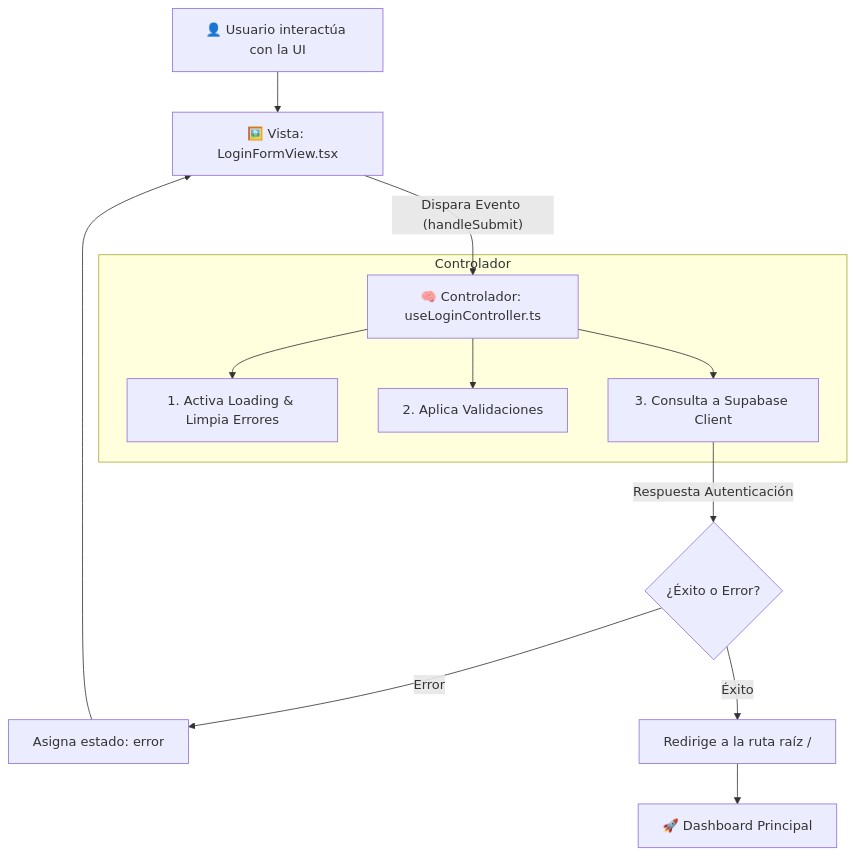
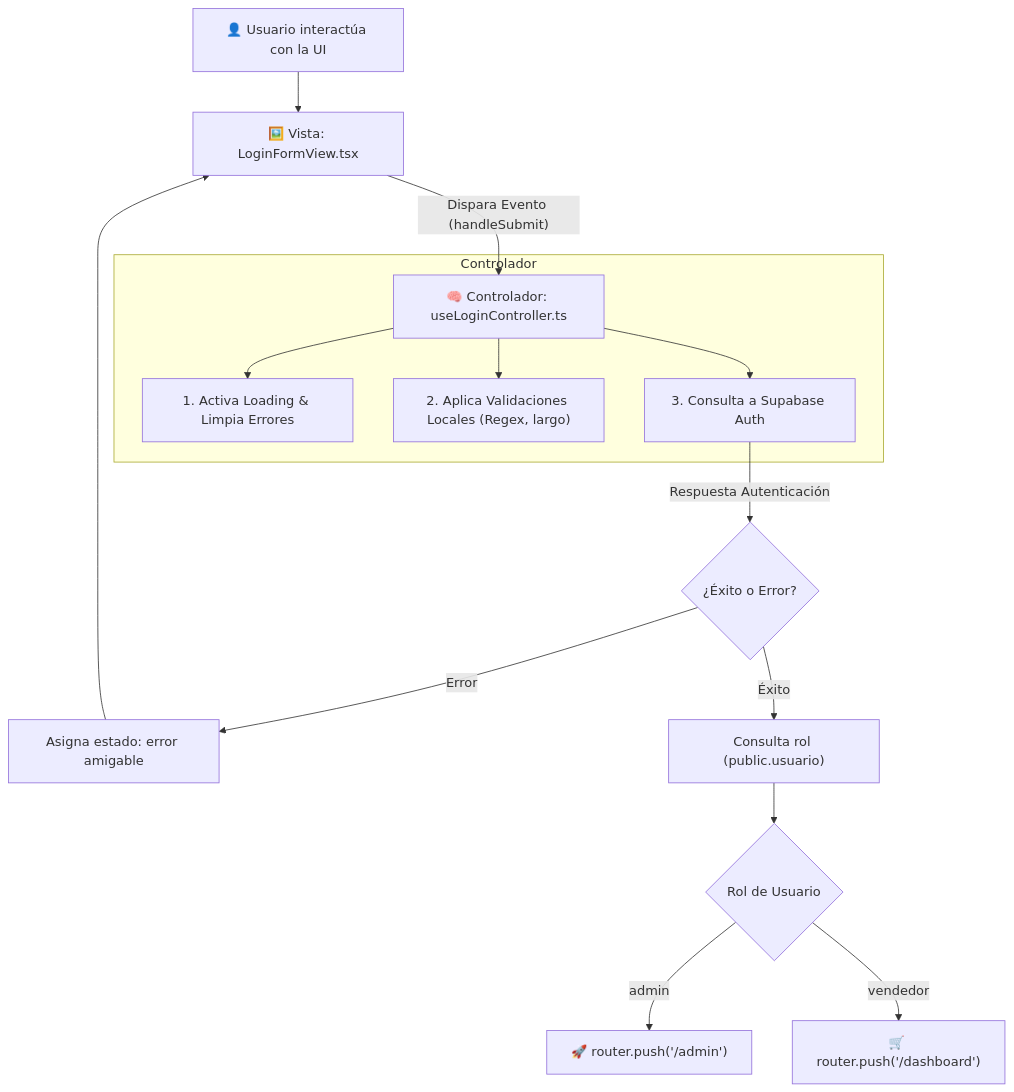
One commit to OctavioRiccardo/m.i-stock changed the diagram in mistock/docs/Controlador_MVC_TypeScript.md. Above: the diagram before and after it, drawn with Mermaid. The commit also changed other lines of this file, not shown here.

````diff
--- a/mistock/docs/Controlador_MVC_TypeScript.md
+++ b/mistock/docs/Controlador_MVC_TypeScript.md
@@ -20,17 +20,19 @@
 ```mermaid
 flowchart TD
     A["👤 Usuario interactúa con la UI"] --> B["🖼️ Vista: LoginFormView.tsx"]
     B -- "Dispara Evento (handleSubmit)" --> C["🧠 Controlador: useLoginController.ts"]
     
     subgraph Controlador
         C --> D["1. Activa Loading & Limpia Errores"]
-        C --> E["2. Aplica Validaciones"]
-        C --> F["3. Consulta a Supabase Client"]
+        C --> E["2. Aplica Validaciones Locales (Regex, largo)"]
+        C --> F["3. Consulta a Supabase Auth"]
     end
     
     F -- "Respuesta Autenticación" --> G{"¿Éxito o Error?"}
-    G -- "Error" --> H["Asigna estado: error"]
+    G -- "Error" --> H["Asigna estado: error amigable"]
     H --> B
-    G -- "Éxito" --> I["Redirige a la ruta raíz /"]
-    I --> J["🚀 Dashboard Principal"]
+    G -- "Éxito" --> I["Consulta rol (public.usuario)"]
+    I --> J{"Rol de Usuario"}
+    J -- "admin" --> K["🚀 router.push('/admin')"]
+    J -- "vendedor" --> L["🛒 router.push('/dashboard')"]
 ```
````
